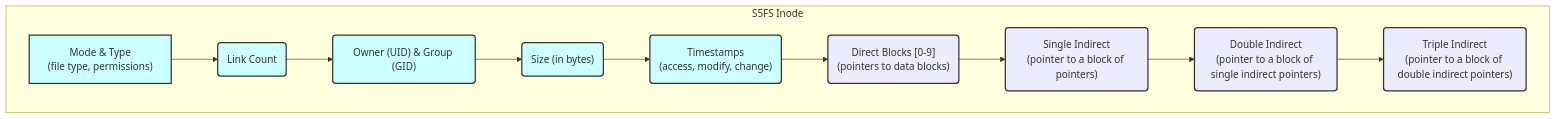
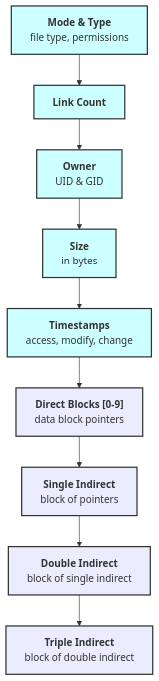
The diagram in diagrams/3.2-s5fs-inode.mmd (macsplit/unix_doc), drawn with Mermaid before and after one commit. The commit also changed 23 other files, not shown here.

First line of the commit message:
Redesign 12 excessively wide diagrams to vertical format

```diff
--- a/diagrams/3.2-s5fs-inode.mmd
+++ b/diagrams/3.2-s5fs-inode.mmd
@@ -1,21 +1,22 @@
 graph TD
-    subgraph "S5FS Inode"
-        A["Mode & Type<br/>(file type, permissions)"] --> B("Link Count")
-        B --> C("Owner (UID) & Group (GID)")
-        C --> D("Size (in bytes)")
-        D --> E("Timestamps<br/>(access, modify, change)")
-        E --> F("Direct Blocks [0-9]<br/>(pointers to data blocks)")
-        F --> G("Single Indirect<br/>(pointer to a block of pointers)")
-        G --> H("Double Indirect<br/>(pointer to a block of single indirect pointers)")
-        H --> I("Triple Indirect<br/>(pointer to a block of double indirect pointers)")
-    end
+    A["<b>Mode & Type</b><br/>file type, permissions"]
+    B["<b>Link Count</b>"]
+    C["<b>Owner</b><br/>UID & GID"]
+    D["<b>Size</b><br/>in bytes"]
+    E["<b>Timestamps</b><br/>access, modify, change"]
+    F["<b>Direct Blocks [0-9]</b><br/>data block pointers"]
+    G["<b>Single Indirect</b><br/>block of pointers"]
+    H["<b>Double Indirect</b><br/>block of single indirect"]
+    I["<b>Triple Indirect</b><br/>block of double indirect"]
+
+    A --> B --> C --> D --> E --> F --> G --> H --> I
 
     style A fill:#cff,stroke:#333,stroke-width:2px
     style B fill:#cff,stroke:#333,stroke-width:2px
     style C fill:#cff,stroke:#333,stroke-width:2px
     style D fill:#cff,stroke:#333,stroke-width:2px
     style E fill:#cff,stroke:#333,stroke-width:2px
     style F fill:#lightgreen,stroke:#333,stroke-width:2px
     style G fill:#lightyellow,stroke:#333,stroke-width:2px
     style H fill:#lightcoral,stroke:#333,stroke-width:2px
     style I fill:#lightgrey,stroke:#333,stroke-width:2px
```
